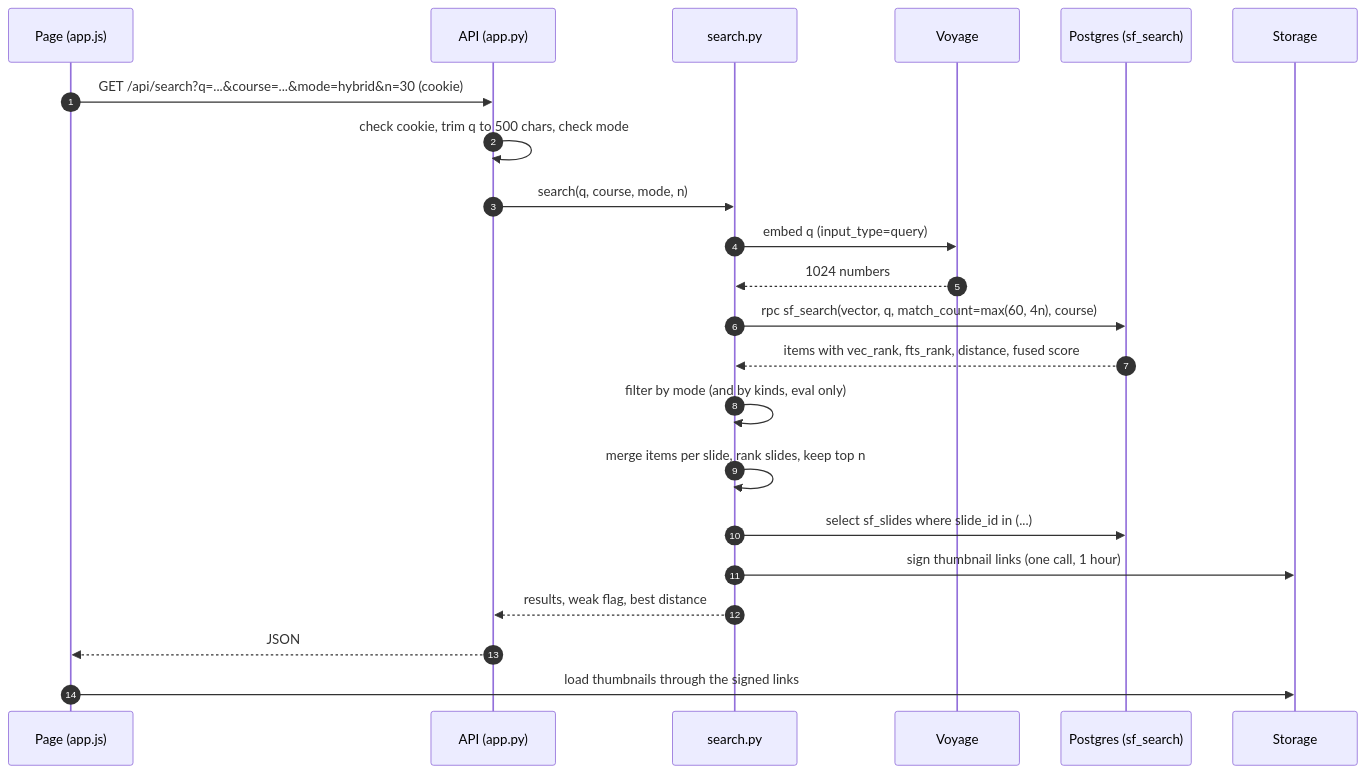
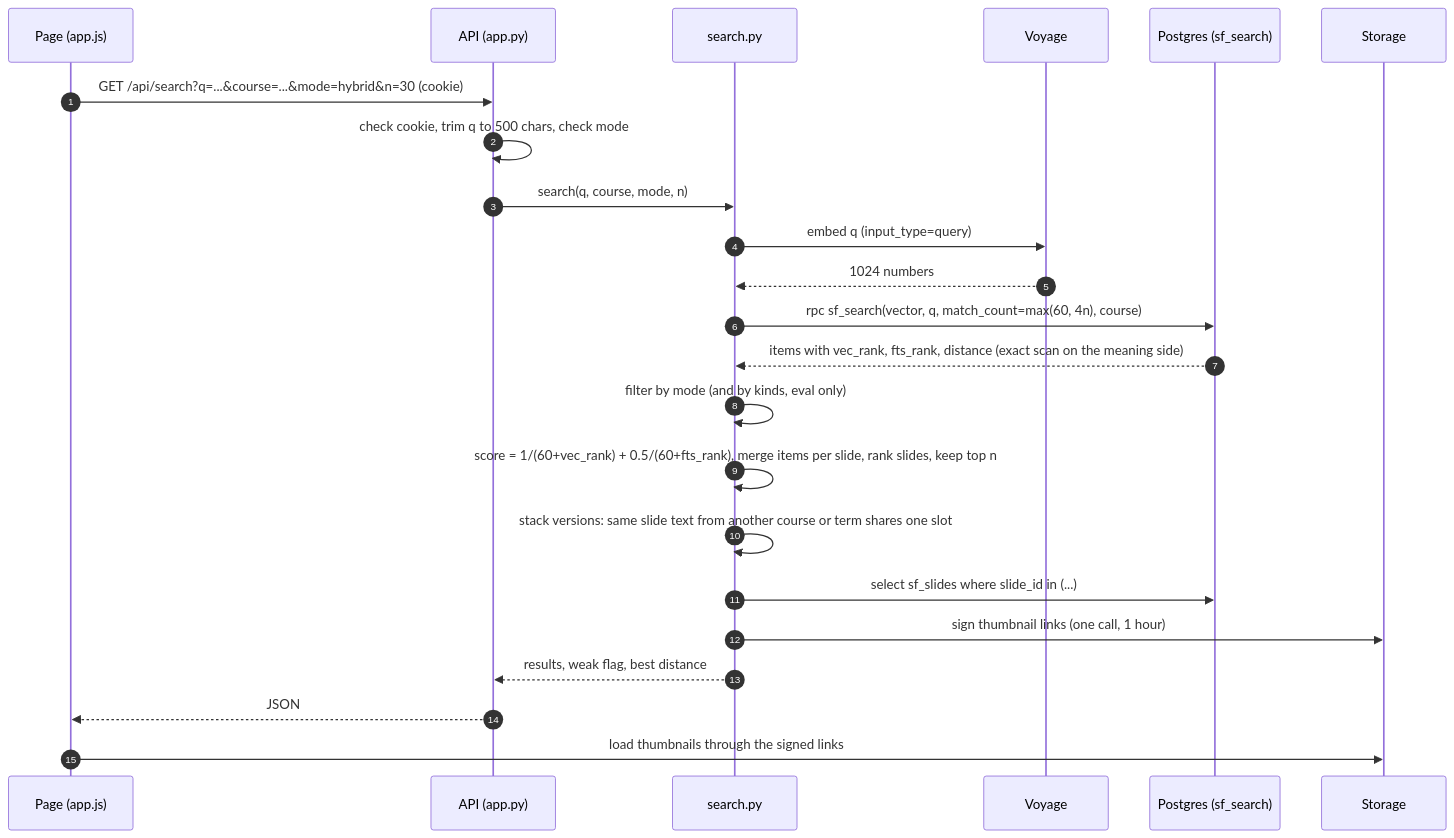
One commit to bcollier/slide-finder changed diagram 13 of 20 in README.md. Above: the diagram before and after it, drawn with Mermaid. The commit also changed other lines of this file and 3 other files, not shown here.

````diff
--- a/README.md
+++ b/README.md
@@ -986,24 +1053,25 @@
 ```mermaid
 sequenceDiagram
     autonumber
     participant P as Page (app.js)
     participant A as API (app.py)
     participant S as search.py
     participant V as Voyage
     participant D as Postgres (sf_search)
     participant ST as Storage
     P->>A: GET /api/search?q=...&course=...&mode=hybrid&n=30 (cookie)
     A->>A: check cookie, trim q to 500 chars, check mode
     A->>S: search(q, course, mode, n)
     S->>V: embed q (input_type=query)
     V-->>S: 1024 numbers
     S->>D: rpc sf_search(vector, q, match_count=max(60, 4n), course)
-    D-->>S: items with vec_rank, fts_rank, distance, fused score
+    D-->>S: items with vec_rank, fts_rank, distance (exact scan on the meaning side)
     S->>S: filter by mode (and by kinds, eval only)
-    S->>S: merge items per slide, rank slides, keep top n
+    S->>S: score = 1/(60+vec_rank) + 0.5/(60+fts_rank), merge items per slide, rank slides, keep top n
+    S->>S: stack versions: same slide text from another course or term shares one slot
     S->>D: select sf_slides where slide_id in (...)
     S->>ST: sign thumbnail links (one call, 1 hour)
     S-->>A: results, weak flag, best distance
     A-->>P: JSON
     P->>ST: load thumbnails through the signed links
 ```
````
